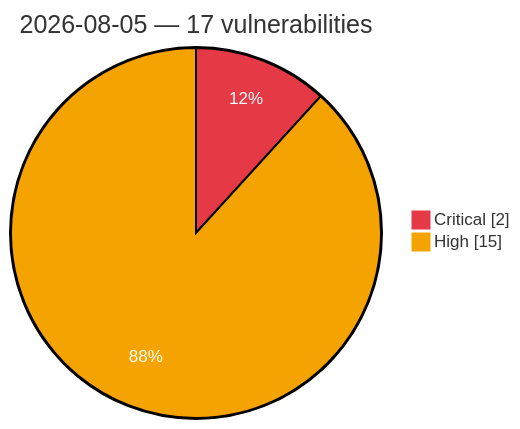
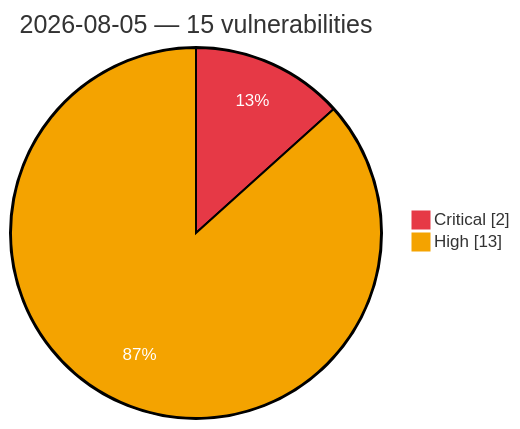
Before and after one commit to GhostX0X/vuln-tracker: the diagram in vulnerabilities/2026-08-05.md, drawn with Mermaid. The commit also changed other lines of this file and 2 other files, not shown here.

Commit message:
Auto update: critical/high vulns (2026-08-06 13:19 UTC)

````diff
--- a/vulnerabilities/2026-08-05.md
+++ b/vulnerabilities/2026-08-05.md
@@ -3,7 +3,7 @@
 ```mermaid
 %%{init: {'theme':'base', 'themeVariables': {'pie1':'#e63946', 'pie2':'#f4a300', 'pieOpacity':'1', 'pieOuterStrokeWidth':'2px', 'pieSectionTextColor':'#ffffff'}}}%%
 pie showData
-    title 2026-08-05 — 17 vulnerabilities
+    title 2026-08-05 — 15 vulnerabilities
     "Critical" : 2
-    "High" : 15
+    "High" : 13
 ```
````
